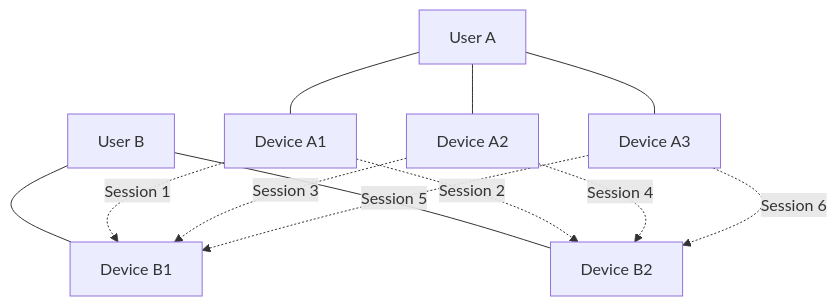
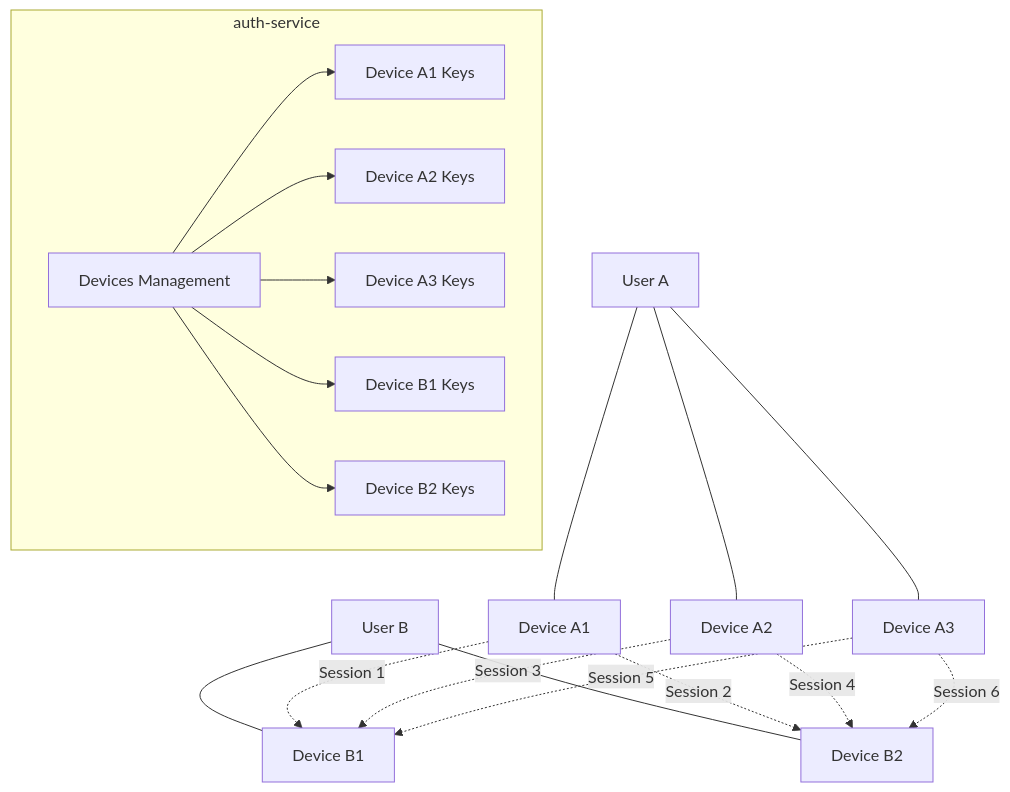
One commit to whispr-messenger/auth-service changed the ninth of 13 diagrams in documentation/2_fonctional_specs/4_encryption_end_to_end.md. Above: the diagram before and after it, drawn with Mermaid. The commit also changed other lines of this file and 4 other files, not shown here.

Commit message:
📝 Update devices data managed by auth service

````diff
--- a/documentation/2_fonctional_specs/4_encryption_end_to_end.md
+++ b/documentation/2_fonctional_specs/4_encryption_end_to_end.md
@@ -454,16 +469,25 @@
 ```mermaid
 graph TD
     A[User A] --- A1[Device A1]
-    A --- A2[Device A2]
-    A --- A3[Device A3]
+    A[User A] --- A2[Device A2]
+    A[User A] --- A3[Device A3]
     
     B[User B] --- B1[Device B1]
-    B --- B2[Device B2]
+    B[User B] --- B2[Device B2]
     
     A1 -.->|Session 1| B1
     A1 -.->|Session 2| B2
     A2 -.->|Session 3| B1
     A2 -.->|Session 4| B2
     A3 -.->|Session 5| B1
     A3 -.->|Session 6| B2
+    
+    subgraph "auth-service"
+        AS[Devices Management]
+        AS --> A1D[Device A1 Keys]
+        AS --> A2D[Device A2 Keys]
+        AS --> A3D[Device A3 Keys]
+        AS --> B1D[Device B1 Keys]
+        AS --> B2D[Device B2 Keys]
+    end
 ```
````
